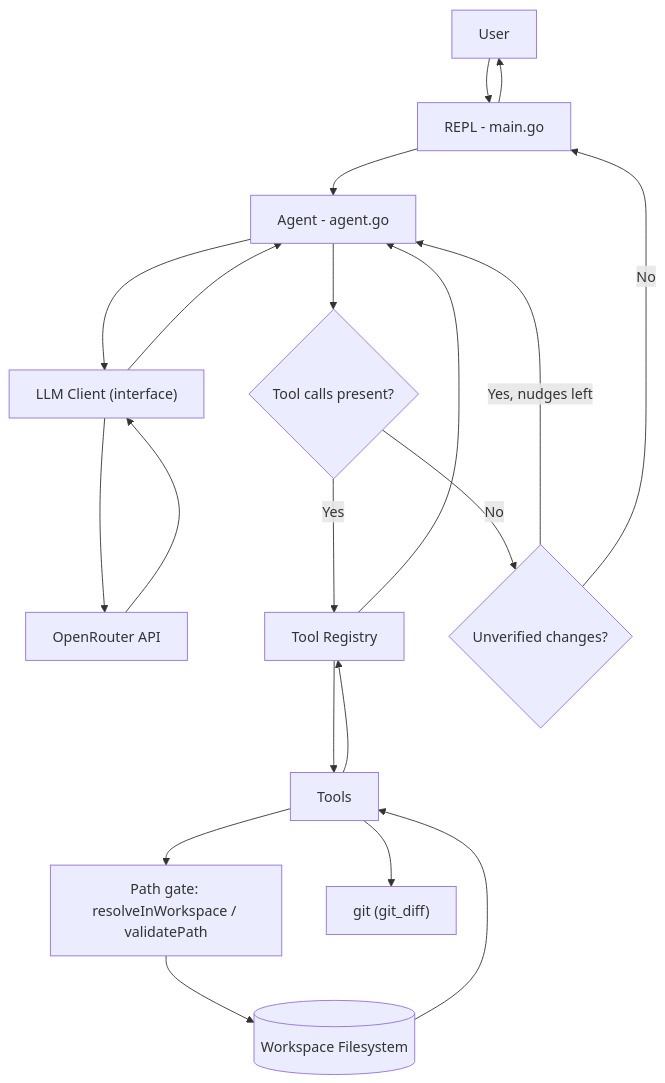
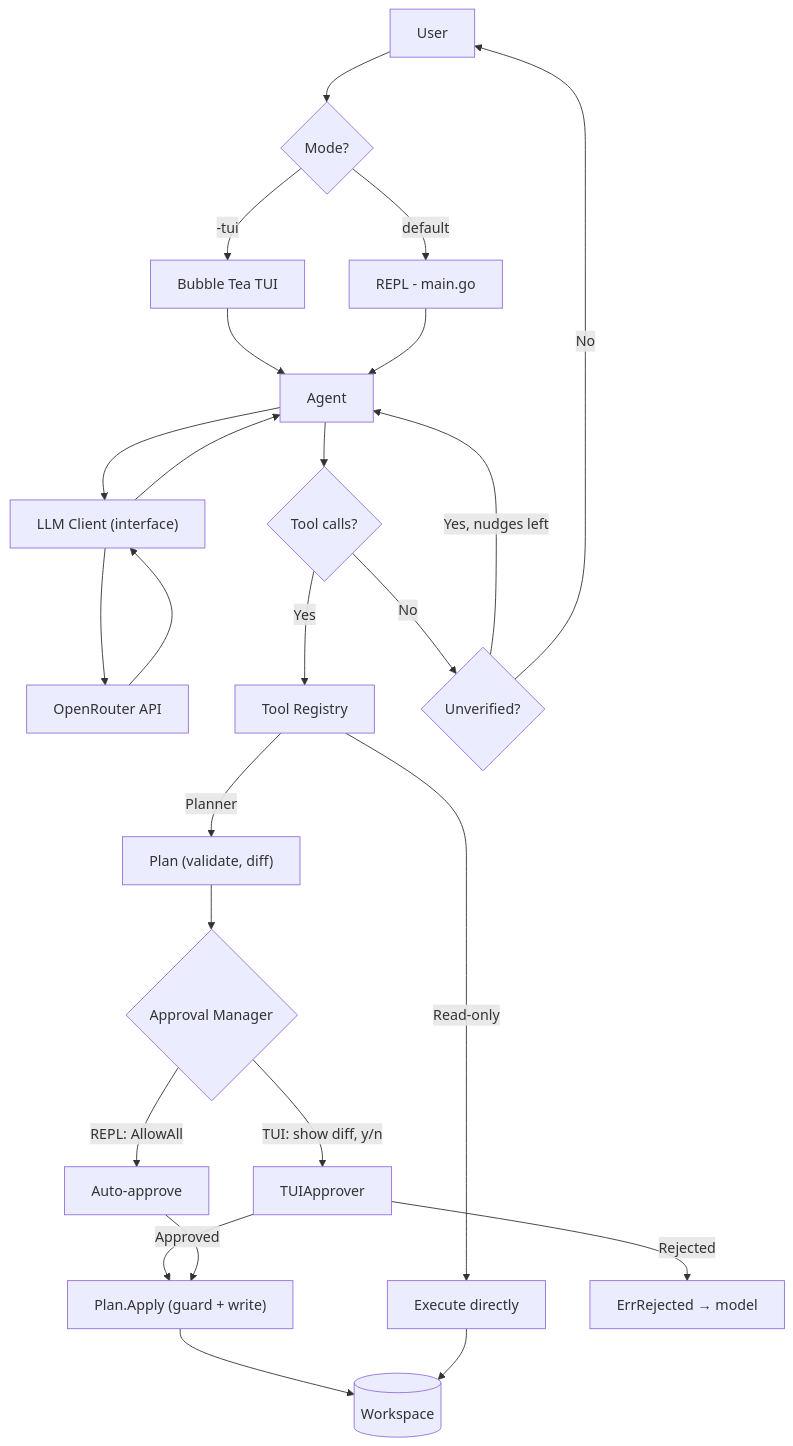
Before and after one commit to Aneeshie/code: the first of 3 diagrams in docs/architecture.md, drawn with Mermaid. The commit also changed other lines of this file and 6 other files, not shown here.

First line of the commit message:
feat: wire -tui CLI flag and document human-in-the-loop architecture

````diff
--- a/docs/architecture.md
+++ b/docs/architecture.md
@@ -199,22 +170,27 @@
 ```mermaid
 flowchart TD
-    U["User"] --> R["REPL - main.go"]
-    R --> A["Agent - agent.go"]
+    U["User"] --> MODE{"Mode?"}
+    MODE -->|"-tui"| TUI["Bubble Tea TUI"]
+    MODE -->|default| REPL["REPL - main.go"]
+    TUI --> A["Agent"]
+    REPL --> A
     A --> C["LLM Client (interface)"]
     C --> O["OpenRouter API"]
     O --> C
     C --> A
-    A --> D{"Tool calls present?"}
+    A --> D{"Tool calls?"}
     D -->|Yes| T["Tool Registry"]
-    T --> F["Tools"]
-    F --> P["Path gate: resolveInWorkspace / validatePath"]
-    P --> FS[("Workspace Filesystem")]
-    F --> G["git (git_diff)"]
-    FS --> F
-    F --> T
-    T --> A
-    D -->|No| V{"Unverified changes?"}
-    V -->|Yes, nudges left| A
-    V -->|No| R
-    R --> U
+    T -->|"Read-only"| F["Execute directly"]
+    T -->|"Planner"| PL["Plan (validate, diff)"]
+    PL --> AP{"Approval Manager"}
+    AP -->|"TUI: show diff, y/n"| TAPP["TUIApprover"]
+    AP -->|"REPL: AllowAll"| AAPP["Auto-approve"]
+    TAPP -->|Approved| APPLY["Plan.Apply (guard + write)"]
+    TAPP -->|Rejected| REJ["ErrRejected → model"]
+    AAPP --> APPLY
+    APPLY --> FS[("Workspace")]
+    F --> FS
+    D -->|No| V{"Unverified?"}
+    V -->|"Yes, nudges left"| A
+    V -->|No| U
 ```
````
